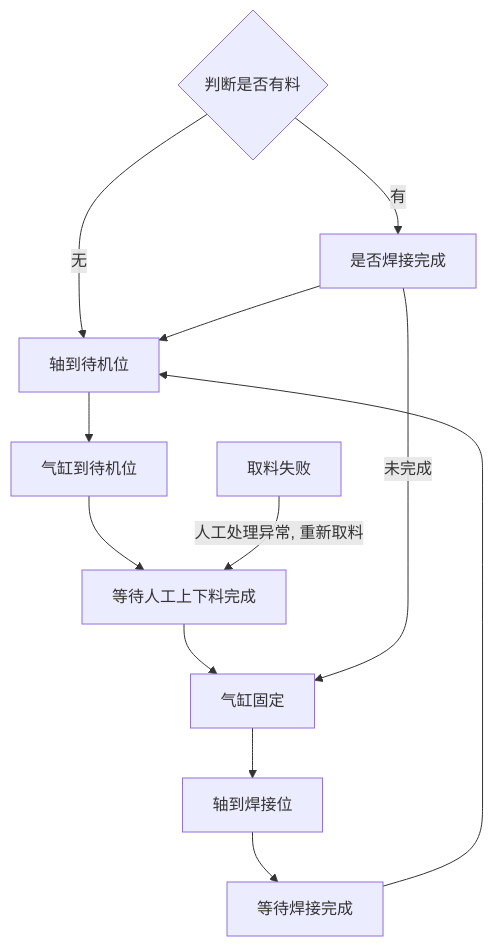
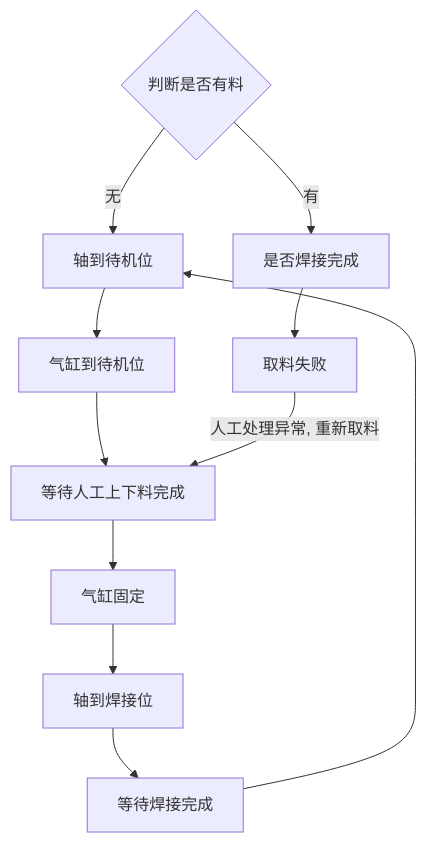
One commit to PengKun1/iodraw-files changed the diagram in all/OP10 上料工位自动流程.md. Above: the diagram before and after it, drawn with Mermaid.

Commit message:
2024-08-02 11:03:45 update

````diff
--- a/all/OP10 上料工位自动流程.md
+++ b/all/OP10 上料工位自动流程.md
@@ -1,16 +1,15 @@
 ```mermaid
 graph TD
 10{判断是否有料}-->|无|20
 10-->|有|100
 20[轴到待机位]-->30
 30[气缸到待机位]-->40
 40[等待人工上下料完成]-->50
 50[气缸固定]-->60
 60[轴到焊接位]-->70
 70[等待焊接完成]-->20
 
-100[是否焊接完成]-->20
-100-->|未完成|50
+100[是否焊接完成]-->900
 
 900[取料失败]-->|人工处理异常, 重新取料|40
 ```
````
